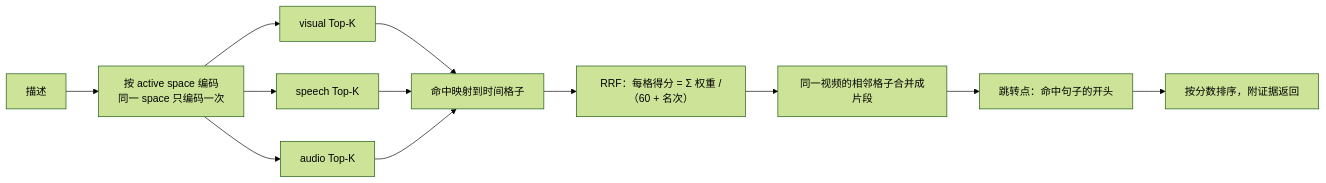
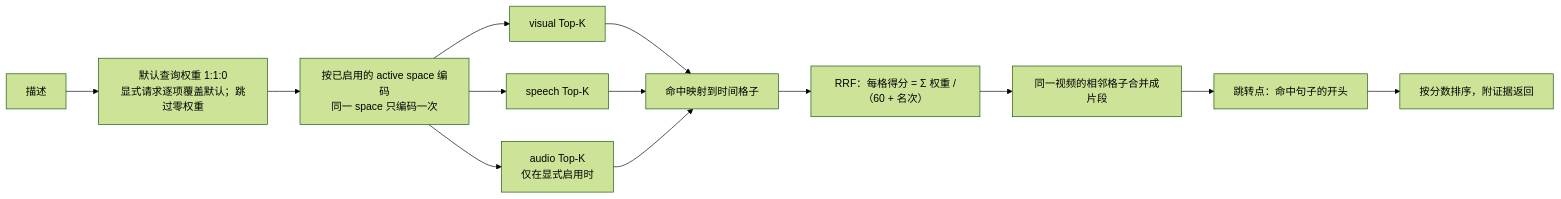
One commit to realOzine/videohelper changed diagram 12 of 17 in docs/design.md. Above: the diagram before and after it, drawn with Mermaid (forest theme). The commit also changed other lines of this file and 5 other files, not shown here.

````diff
--- a/docs/design.md
+++ b/docs/design.md
@@ -526,14 +530,15 @@
 ```mermaid
 flowchart LR
-  Q["描述"] --> E["按 active space 编码<br/>同一 space 只编码一次"]
+  Q["描述"] --> W["默认查询权重 1:1:0<br/>显式请求逐项覆盖默认；跳过零权重"]
+  W --> E["按已启用的 active space 编码<br/>同一 space 只编码一次"]
   E --> R1["visual Top-K"]
   E --> R2["speech Top-K"]
-  E --> R3["audio Top-K"]
+  E --> R3["audio Top-K<br/>仅在显式启用时"]
   R1 --> M["命中映射到时间格子"]
   R2 --> M
   R3 --> M
   M --> F["RRF：每格得分 = Σ 权重 /（60 + 名次）"]
   F --> G["同一视频的相邻格子合并成片段"]
   G --> J["跳转点：命中句子的开头"]
   J --> O["按分数排序，附证据返回"]
 ```
````
